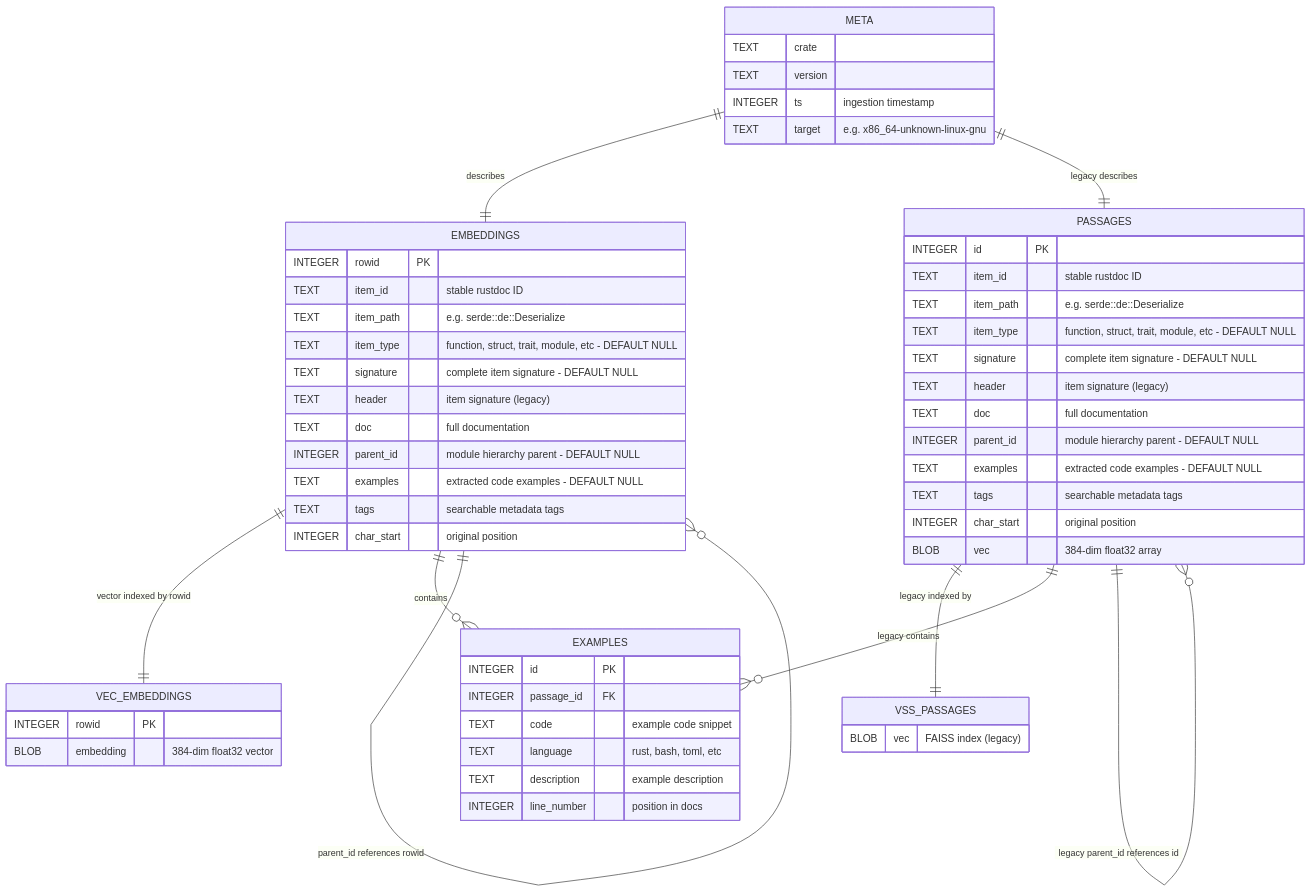
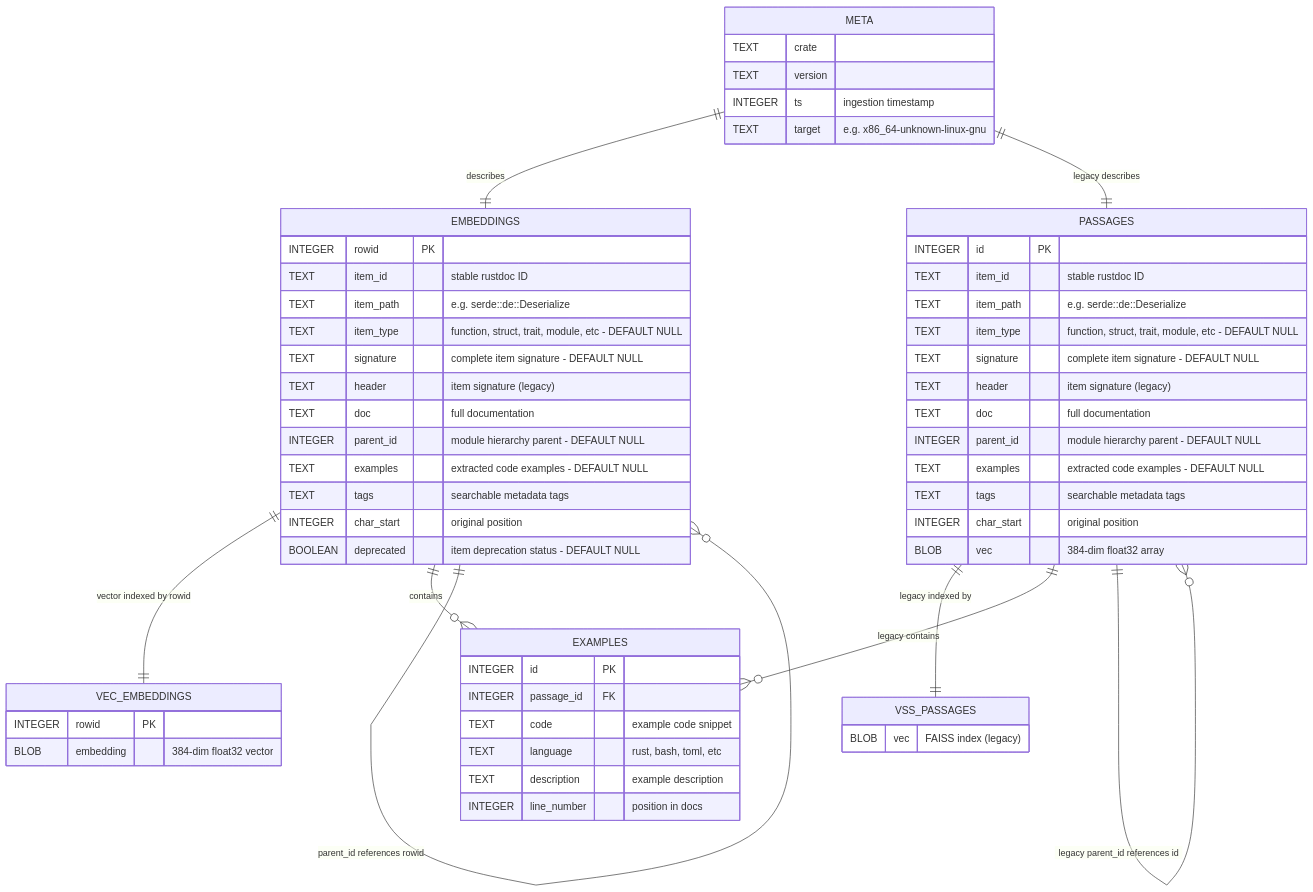
One commit to RimoVR/docsrs-mcp changed the fourth of 22 diagrams in Architecture.md. Above: the diagram before and after it, drawn with Mermaid. The commit also changed other lines of this file and 6 other files, not shown here.

````diff
--- a/Architecture.md
+++ b/Architecture.md
@@ -159,65 +159,66 @@
 ```mermaid
 erDiagram
     EMBEDDINGS {
         INTEGER rowid PK
         TEXT item_id "stable rustdoc ID"
         TEXT item_path "e.g. serde::de::Deserialize"
         TEXT item_type "function, struct, trait, module, etc - DEFAULT NULL"
         TEXT signature "complete item signature - DEFAULT NULL"
         TEXT header "item signature (legacy)"
         TEXT doc "full documentation"
         INTEGER parent_id "module hierarchy parent - DEFAULT NULL"
         TEXT examples "extracted code examples - DEFAULT NULL"
         TEXT tags "searchable metadata tags"
         INTEGER char_start "original position"
+        BOOLEAN deprecated "item deprecation status - DEFAULT NULL"
     }
     
     VEC_EMBEDDINGS {
         INTEGER rowid PK
         BLOB embedding "384-dim float32 vector"
     }
     
     PASSAGES {
         INTEGER id PK
         TEXT item_id "stable rustdoc ID"
         TEXT item_path "e.g. serde::de::Deserialize"
         TEXT item_type "function, struct, trait, module, etc - DEFAULT NULL"
         TEXT signature "complete item signature - DEFAULT NULL"
         TEXT header "item signature (legacy)"
         TEXT doc "full documentation"
         INTEGER parent_id "module hierarchy parent - DEFAULT NULL"
         TEXT examples "extracted code examples - DEFAULT NULL"
         TEXT tags "searchable metadata tags"
         INTEGER char_start "original position"
         BLOB vec "384-dim float32 array"
     }
     
     VSS_PASSAGES {
         BLOB vec "FAISS index (legacy)"
     }
     
     EXAMPLES {
         INTEGER id PK
         INTEGER passage_id FK
         TEXT code "example code snippet"
         TEXT language "rust, bash, toml, etc"
         TEXT description "example description"
         INTEGER line_number "position in docs"
     }
     
     META {
         TEXT crate
         TEXT version
         INTEGER ts "ingestion timestamp"
         TEXT target "e.g. x86_64-unknown-linux-gnu"
     }
     
     EMBEDDINGS ||--|| VEC_EMBEDDINGS : "vector indexed by rowid"
     EMBEDDINGS ||--o{ EXAMPLES : "contains"
     EMBEDDINGS ||--o{ EMBEDDINGS : "parent_id references rowid"
     PASSAGES ||--|| VSS_PASSAGES : "legacy indexed by"
     PASSAGES ||--o{ EXAMPLES : "legacy contains"
     PASSAGES ||--o{ PASSAGES : "legacy parent_id references id"
     META ||--|| EMBEDDINGS : "describes"
     META ||--|| PASSAGES : "legacy describes"
 ```
````
